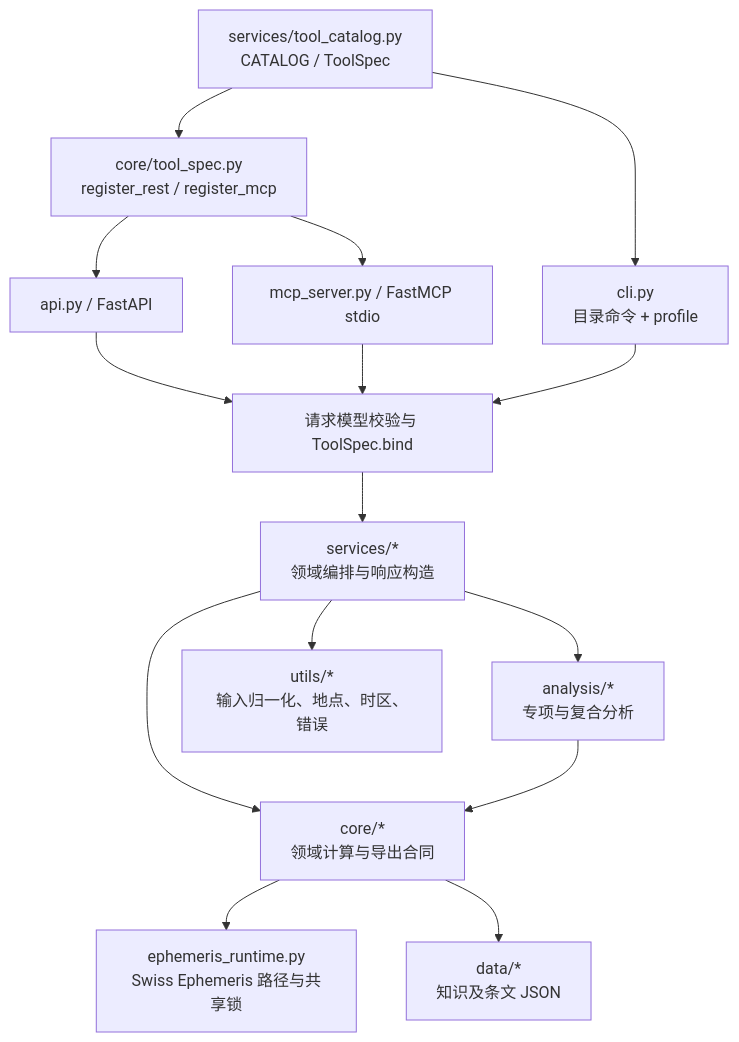
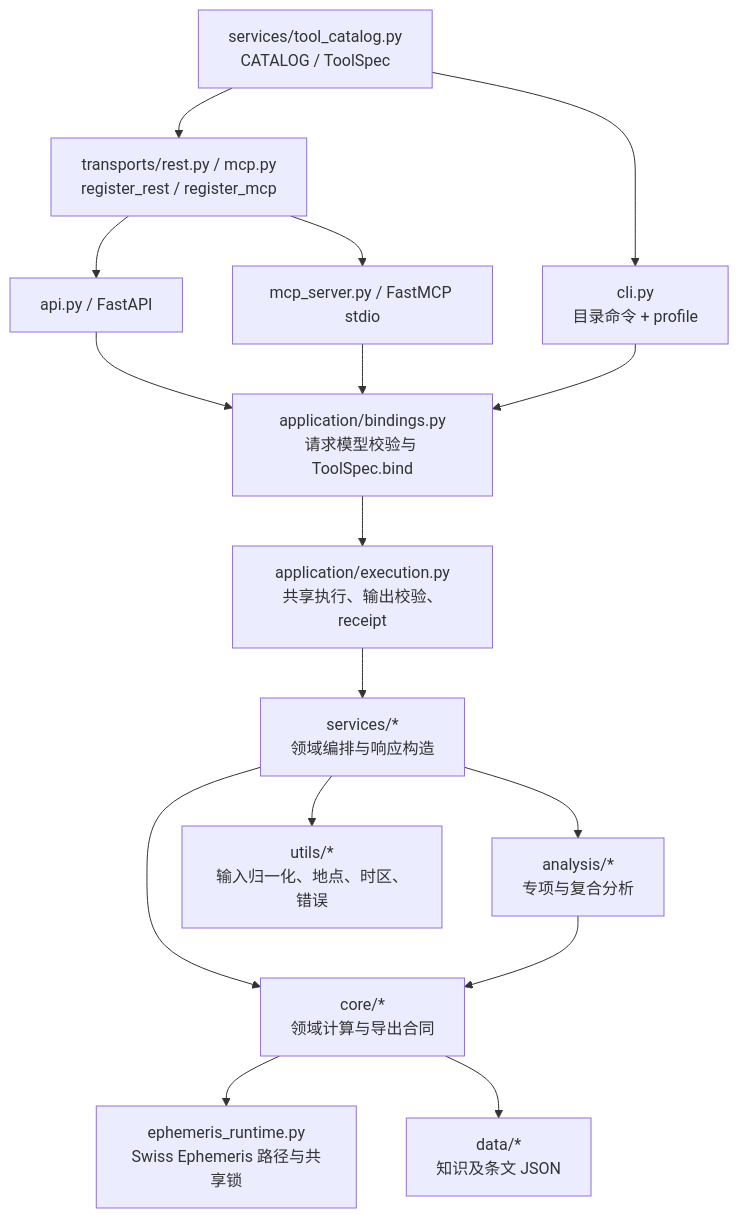
The first of 2 diagrams in docs/architecture.md (Yonder-Lab/FateBridge), drawn with Mermaid before and after one commit. The commit also changed other lines of this file and 419 other files, not shown here.

````diff
--- a/docs/architecture.md
+++ b/docs/architecture.md
@@ -7,17 +7,18 @@
 ```mermaid
 flowchart TD
-    Catalog["services/tool_catalog.py<br/>CATALOG / ToolSpec"] --> Registrar["core/tool_spec.py<br/>register_rest / register_mcp"]
+    Catalog["services/tool_catalog.py<br/>CATALOG / ToolSpec"] --> Registrar["transports/rest.py / mcp.py<br/>register_rest / register_mcp"]
     Catalog --> CLI["cli.py<br/>目录命令 + profile"]
     Registrar --> REST["api.py / FastAPI"]
     Registrar --> MCP["mcp_server.py / FastMCP stdio"]
-    REST --> Bind["请求模型校验与 ToolSpec.bind"]
+    REST --> Bind["application/bindings.py<br/>请求模型校验与 ToolSpec.bind"]
     MCP --> Bind
     CLI --> Bind
-    Bind --> Services["services/*<br/>领域编排与响应构造"]
+    Bind --> Execution["application/execution.py<br/>共享执行、输出校验、receipt"]
+    Execution --> Services["services/*<br/>领域编排与响应构造"]
     Services --> Analysis["analysis/*<br/>专项与复合分析"]
     Services --> Core["core/*<br/>领域计算与导出合同"]
     Services --> Utils["utils/*<br/>输入归一化、地点、时区、错误"]
     Core --> Ephe["ephemeris_runtime.py<br/>Swiss Ephemeris 路径与共享锁"]
     Core --> Data["data/*<br/>知识及条文 JSON"]
     Analysis --> Core
 ```
````
